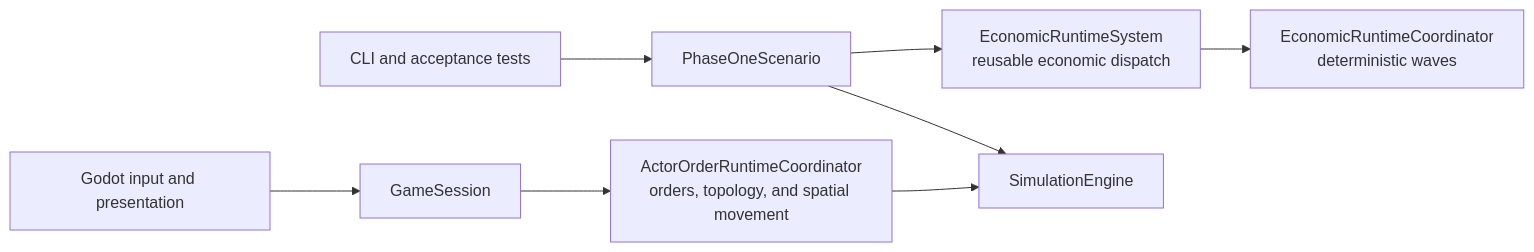
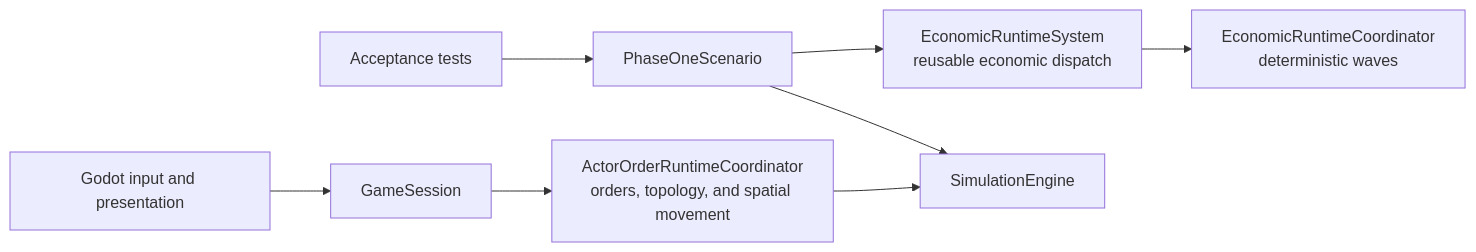
One commit to Elec0/galaxy-simulator changed the diagram in docs/simulation-architecture.md. Above: the diagram before and after it, drawn with Mermaid. The commit also changed other lines of this file and 32 other files, not shown here.

````diff
--- a/docs/simulation-architecture.md
+++ b/docs/simulation-architecture.md
@@ -55,10 +56,10 @@
 ```mermaid
 flowchart LR
     godot["Godot input and presentation"] --> session["GameSession"]
     session --> game["ActorOrderRuntimeCoordinator<br/>orders, topology, and spatial movement"]
-    cli["CLI and acceptance tests"] --> scenario["PhaseOneScenario"]
+    acceptance["Acceptance tests"] --> scenario["PhaseOneScenario"]
     scenario --> economic["EconomicRuntimeSystem<br/>reusable economic dispatch"]
     game --> engine["SimulationEngine"]
     economic --> coordinator["EconomicRuntimeCoordinator<br/>deterministic waves"]
     scenario --> engine
 ```
````
